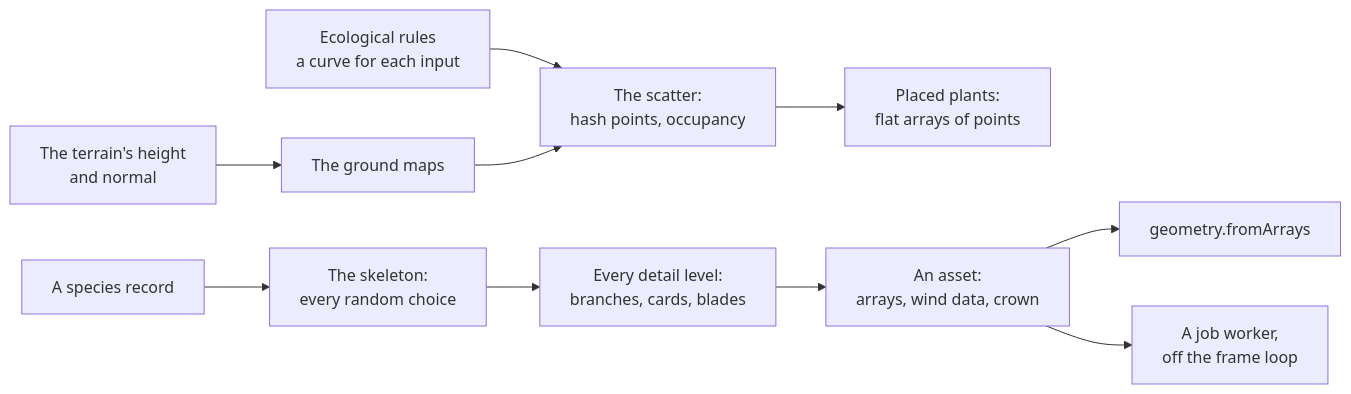
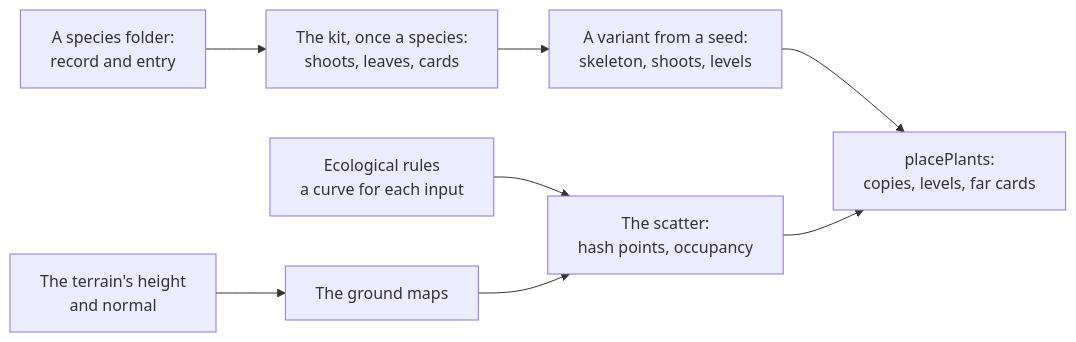
Before and after one commit to null3d-engine/null3d: the diagram in docs/api/vegetation.md, drawn with Mermaid. The commit also changed other lines of this file and 228 other files, not shown here.

````diff
--- a/docs/api/vegetation.md
+++ b/docs/api/vegetation.md
@@ -13,12 +13,10 @@
 ```mermaid
 flowchart LR
-    record["A species record"] --> grow["The skeleton:<br/>every random choice"]
-    grow --> mesh["Every detail level:<br/>branches, cards, blades"]
+    folder["A species folder:<br/>record and entry"] --> kit["The kit, once a species:<br/>shoots, leaves, cards"]
+    kit --> variant["A variant from a seed:<br/>skeleton, shoots, levels"]
+    variant --> place["placePlants:<br/>copies, levels, far cards"]
     ground["The terrain's height<br/>and normal"] --> maps["The ground maps"]
     rules["Ecological rules<br/>a curve for each input"] --> scatter["The scatter:<br/>hash points, occupancy"]
     maps --> scatter
-    scatter --> points["Placed plants:<br/>flat arrays of points"]
-    mesh --> asset["An asset:<br/>arrays, wind data, crown"]
-    asset --> geometry["geometry.fromArrays"]
-    asset --> worker["A job worker,<br/>off the frame loop"]
+    scatter --> place
 ```
````
